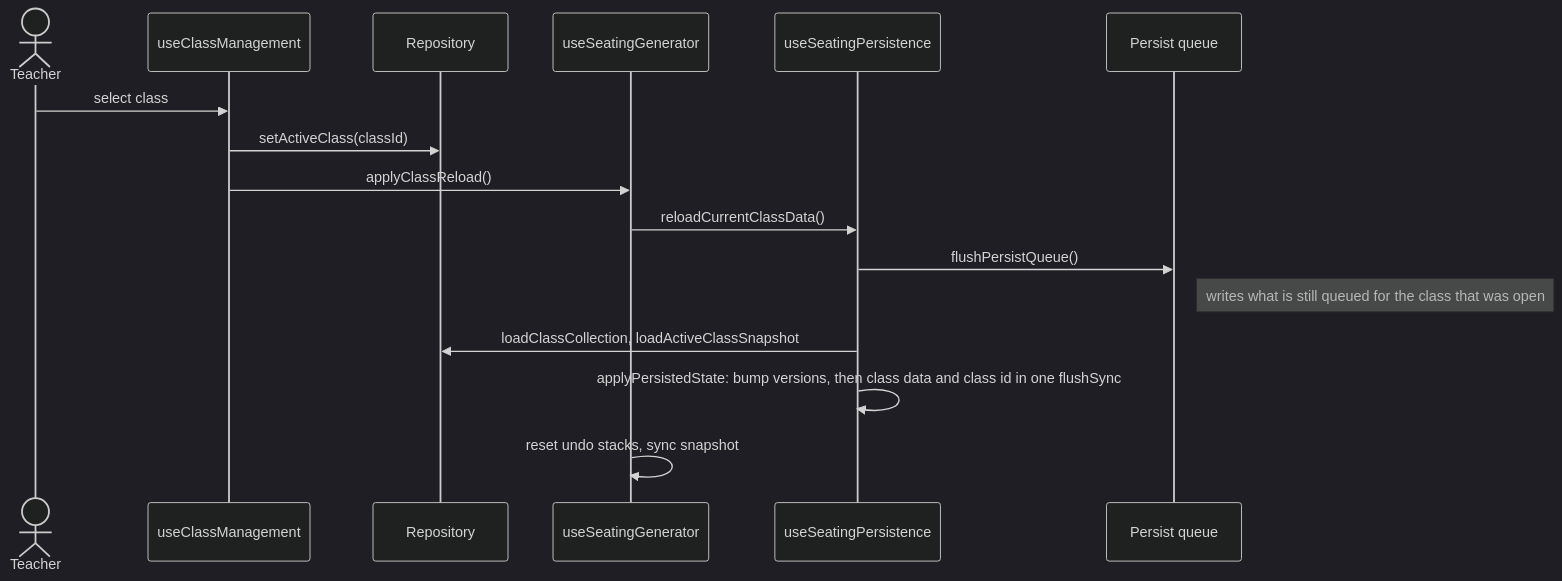
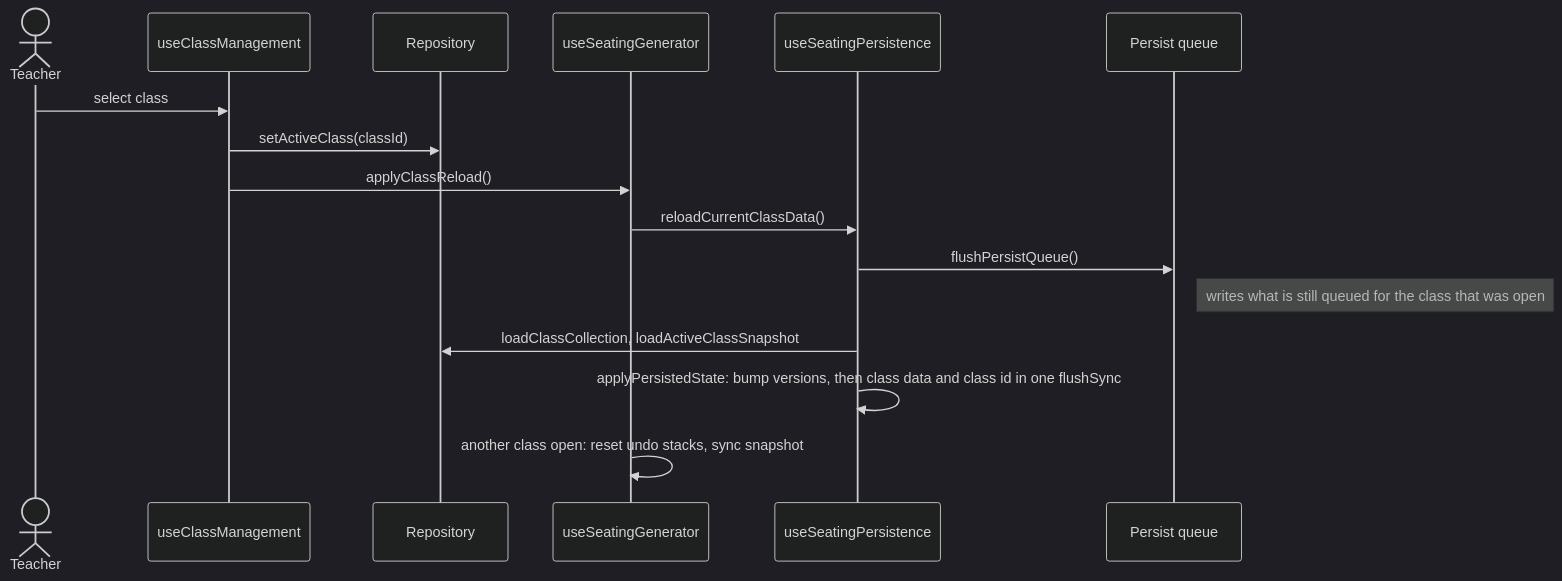
One commit to SirEckehard/Klassenplan changed the third of 3 diagrams in docs/ARCHITECTURE.md. Above: the diagram before and after it, drawn with Mermaid (dark theme). The commit also changed other lines of this file and 18 other files, not shown here.

````diff
--- a/docs/ARCHITECTURE.md
+++ b/docs/ARCHITECTURE.md
@@ -250,19 +250,19 @@
 ```mermaid
 sequenceDiagram
   actor teacher as Teacher
   participant classes as useClassManagement
   participant repo as Repository
   participant gen as useSeatingGenerator
   participant pers as useSeatingPersistence
   participant queue as Persist queue
 
   teacher->>classes: select class
   classes->>repo: setActiveClass(classId)
   classes->>gen: applyClassReload()
   gen->>pers: reloadCurrentClassData()
   pers->>queue: flushPersistQueue()
   Note right of queue: writes what is still queued for the class that was open
   pers->>repo: loadClassCollection, loadActiveClassSnapshot
   pers->>pers: applyPersistedState: bump versions, then class data and class id in one flushSync
-  gen->>gen: reset undo stacks, sync snapshot
+  gen->>gen: another class open: reset undo stacks, sync snapshot
 ```
````
